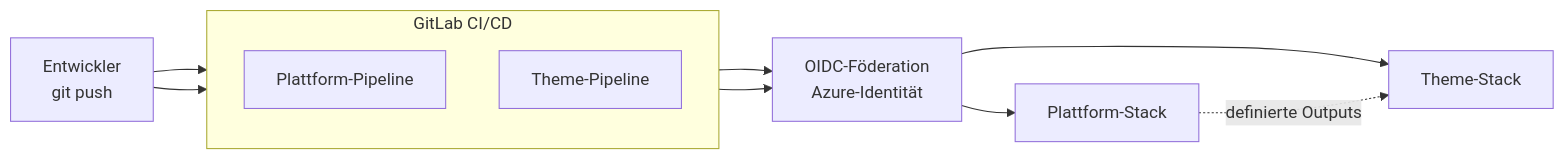
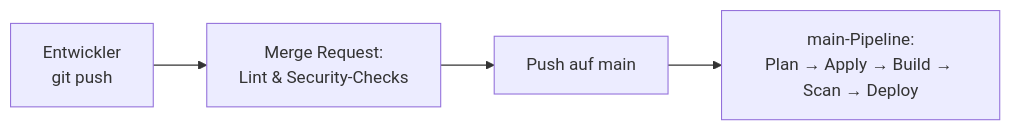
The third of 5 diagrams in README.md (marlonburri03/cloud-escape-lab), drawn with Mermaid before and after one commit. The commit also changed other lines of this file, not shown here.

````diff
--- a/README.md
+++ b/README.md
@@ -534,23 +546,9 @@
 ```mermaid
 flowchart LR
   DEV[Entwickler<br/>git push]
+  MR[Merge Request:<br/>Lint & Security-Checks]
+  MAIN[Push auf main]
+  PIPE[main-Pipeline:<br/>Plan → Apply → Build → Scan → Deploy]
 
-  subgraph GL[GitLab CI/CD]
-    direction TB
-    PPIPE[Plattform-Pipeline]
-    TPIPE[Theme-Pipeline]
-  end
-
-  OIDC[OIDC-Föderation<br/>Azure-Identität]
-
-  PSTACK[Plattform-Stack]
-  TSTACK[Theme-Stack]
-
-  DEV --> PPIPE
-  DEV --> TPIPE
-  PPIPE --> OIDC
-  TPIPE --> OIDC
-  OIDC --> PSTACK
-  OIDC --> TSTACK
-  PSTACK -. definierte Outputs .-> TSTACK
+  DEV --> MR --> MAIN --> PIPE
 ```
````
